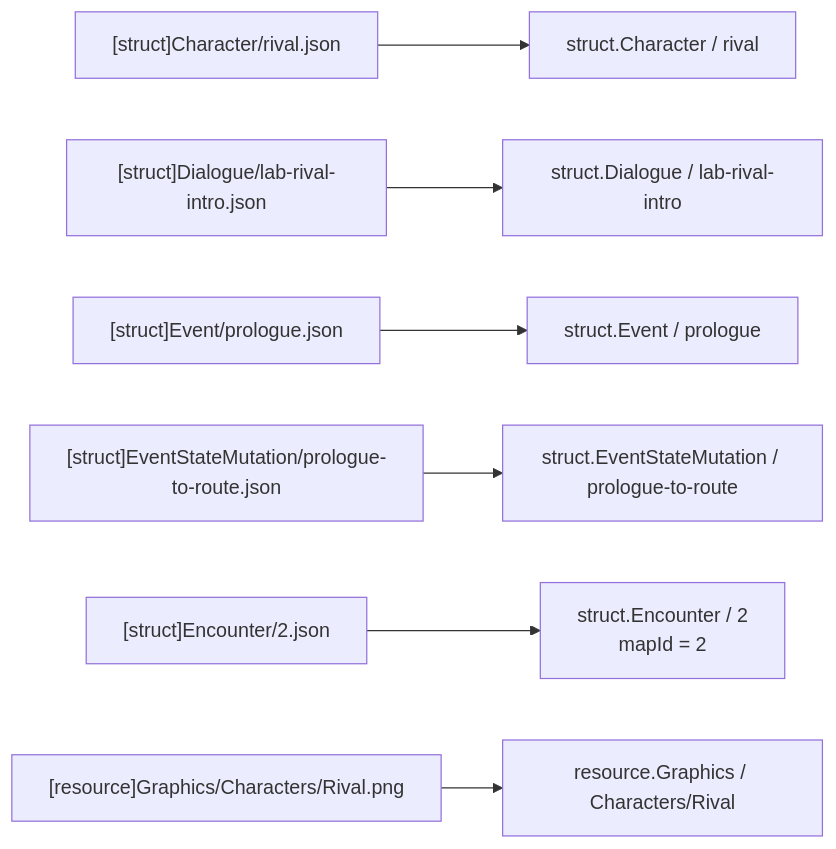
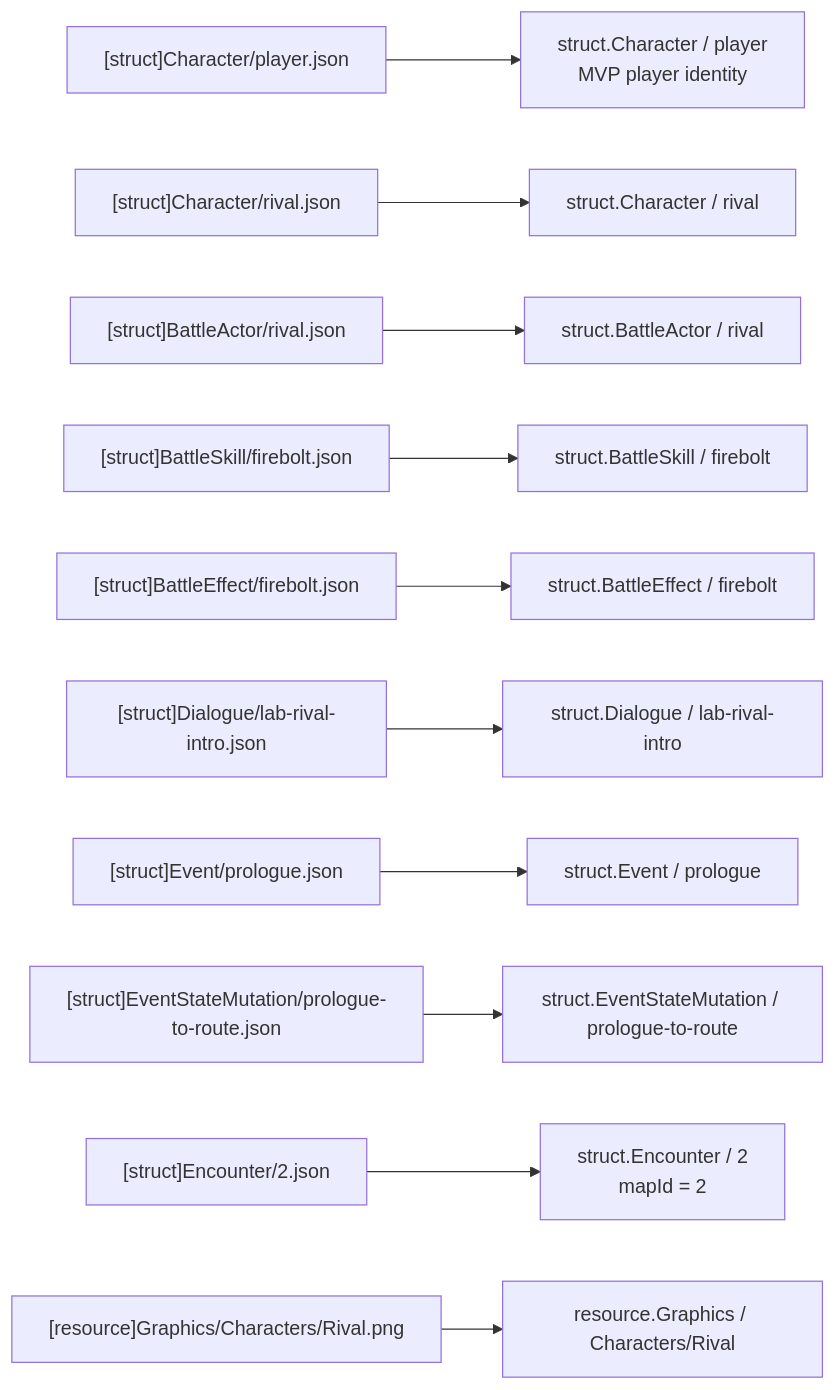
The second of 11 diagrams in examples/PokeMan/doc/65-data-model-diagram.md (lithdoo/loom-realm), drawn with Mermaid before and after one commit. The commit also changed other lines of this file, not shown here.

Commit message:
docs(PokeMan): sync data model diagram

````diff
--- a/examples/PokeMan/doc/65-data-model-diagram.md
+++ b/examples/PokeMan/doc/65-data-model-diagram.md
@@ -80,9 +82,13 @@
 ```mermaid
 flowchart LR
+  PFile["[struct]Character/player.json"] --> PId["struct.Character / player\nMVP player identity"]
   CFile["[struct]Character/rival.json"] --> CId["struct.Character / rival"]
+  AFile["[struct]BattleActor/rival.json"] --> AId["struct.BattleActor / rival"]
+  SFile["[struct]BattleSkill/firebolt.json"] --> SId["struct.BattleSkill / firebolt"]
+  FFile["[struct]BattleEffect/firebolt.json"] --> FId["struct.BattleEffect / firebolt"]
   DFile["[struct]Dialogue/lab-rival-intro.json"] --> DId["struct.Dialogue / lab-rival-intro"]
   EFile["[struct]Event/prologue.json"] --> EId["struct.Event / prologue"]
   MFile["[struct]EventStateMutation/prologue-to-route.json"] --> MId["struct.EventStateMutation / prologue-to-route"]
   XFile["[struct]Encounter/2.json"] --> XId["struct.Encounter / 2\nmapId = 2"]
   GFile["[resource]Graphics/Characters/Rival.png"] --> GId["resource.Graphics / Characters/Rival"]
 ```
````
